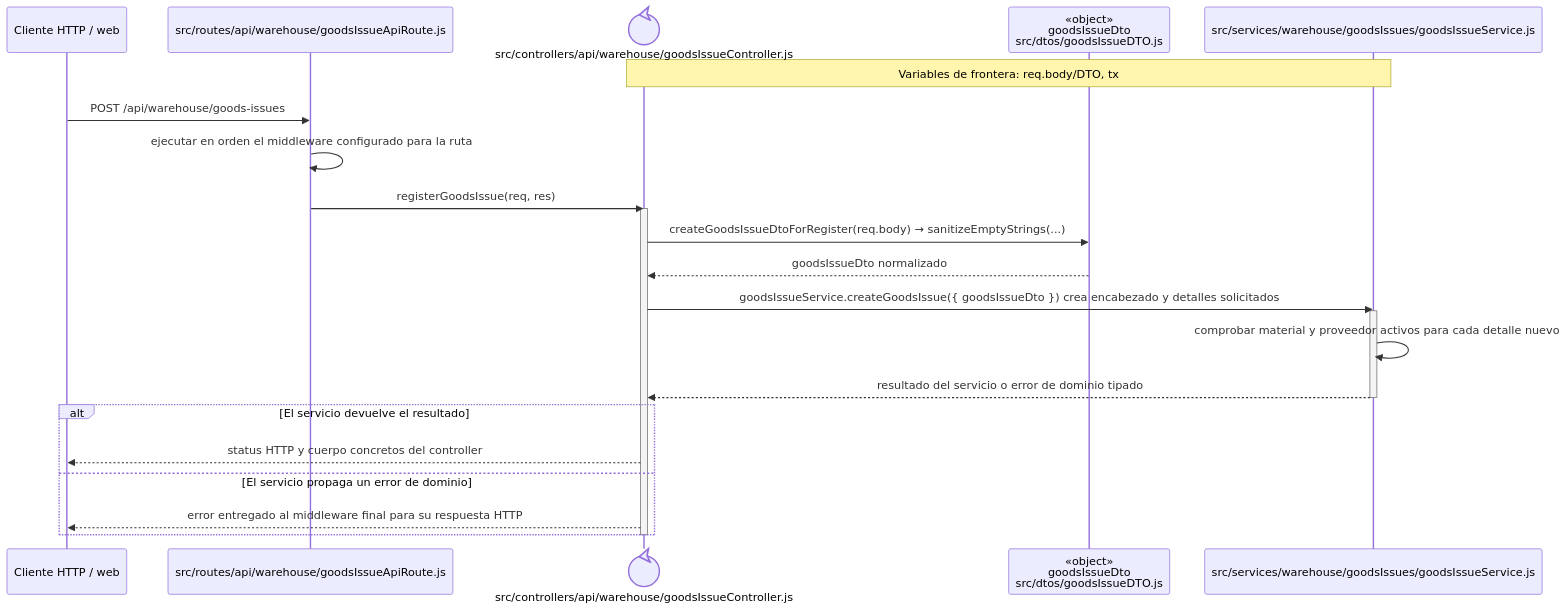
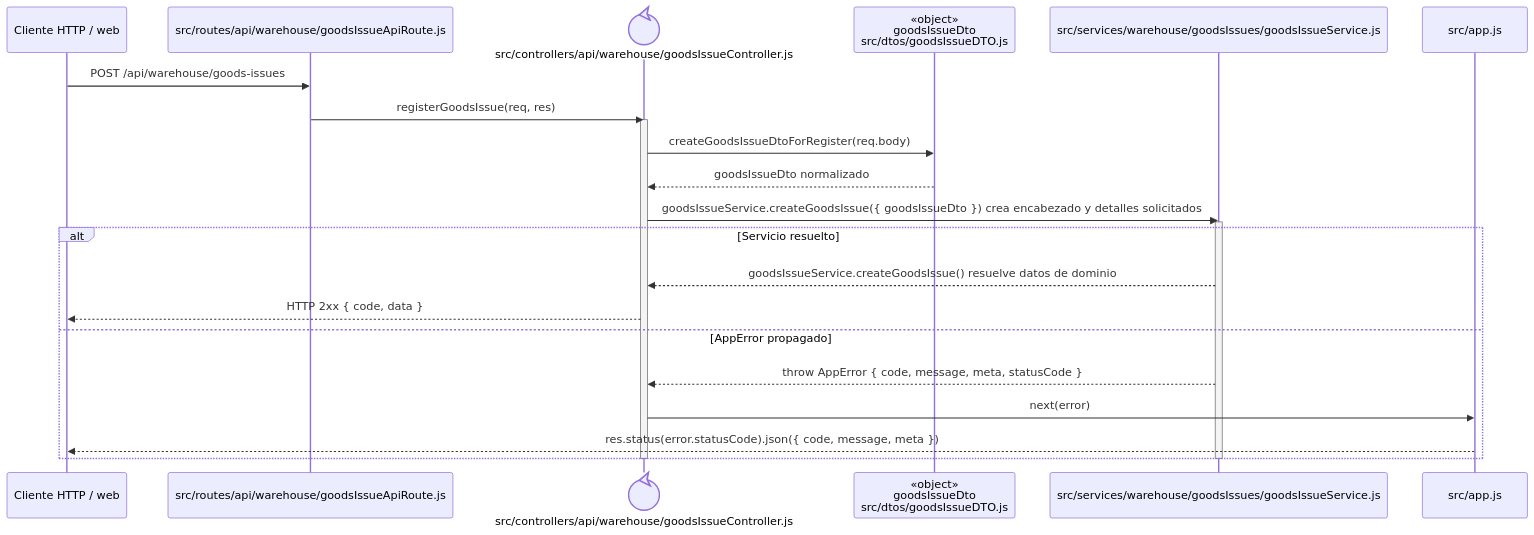
One commit to gpgsistemas01/nexus changed the diagram in docs/architecture/backend-code-sequences/issues/cu-sal-02.md. Above: the diagram before and after it, drawn with Mermaid. The commit also changed 148 other files, not shown here.

````diff
--- a/docs/architecture/backend-code-sequences/issues/cu-sal-02.md
+++ b/docs/architecture/backend-code-sequences/issues/cu-sal-02.md
@@ -6,27 +6,27 @@
 ```mermaid
 sequenceDiagram
     participant Client as Cliente HTTP / web
     participant Route as src/routes/api/warehouse/goodsIssueApiRoute.js
     participant Controller@{ "type": "control" } as src/controllers/api/warehouse/goodsIssueController.js
     participant IssueDto as «object»<br/>goodsIssueDto<br/>src/dtos/goodsIssueDTO.js
     participant Domain as src/services/warehouse/goodsIssues/goodsIssueService.js
-    Note over Controller,Domain: Variables de frontera: req.body/DTO, tx
+    participant ErrorHandler as src/app.js
 
     Client->>Route: POST /api/warehouse/goods-issues
-    Route->>Route: ejecutar en orden el middleware configurado para la ruta
     Route->>Controller: registerGoodsIssue(req, res)
     activate Controller
-    Controller->>IssueDto: createGoodsIssueDtoForRegister(req.body) → sanitizeEmptyStrings(...)
+    Controller->>IssueDto: createGoodsIssueDtoForRegister(req.body)
     IssueDto-->>Controller: goodsIssueDto normalizado
     Controller->>Domain: goodsIssueService.createGoodsIssue({ goodsIssueDto }) crea encabezado y detalles solicitados
     activate Domain
-    Domain->>Domain: comprobar material y proveedor activos para cada detalle nuevo
-    Domain-->>Controller: resultado del servicio o error de dominio tipado
+    alt Servicio resuelto
+        Domain-->>Controller: goodsIssueService.createGoodsIssue() resuelve datos de dominio
+        Controller-->>Client: HTTP 2xx { code, data }
+    else AppError propagado
+        Domain-->>Controller: throw AppError { code, message, meta, statusCode }
+        Controller->>ErrorHandler: next(error)
+        ErrorHandler-->>Client: res.status(error.statusCode).json({ code, message, meta })
+    end
     deactivate Domain
-    alt El servicio devuelve el resultado
-        Controller-->>Client: status HTTP y cuerpo concretos del controller
-    else El servicio propaga un error de dominio
-        Controller-->>Client: error entregado al middleware final para su respuesta HTTP
-    end
     deactivate Controller
 ```
````
